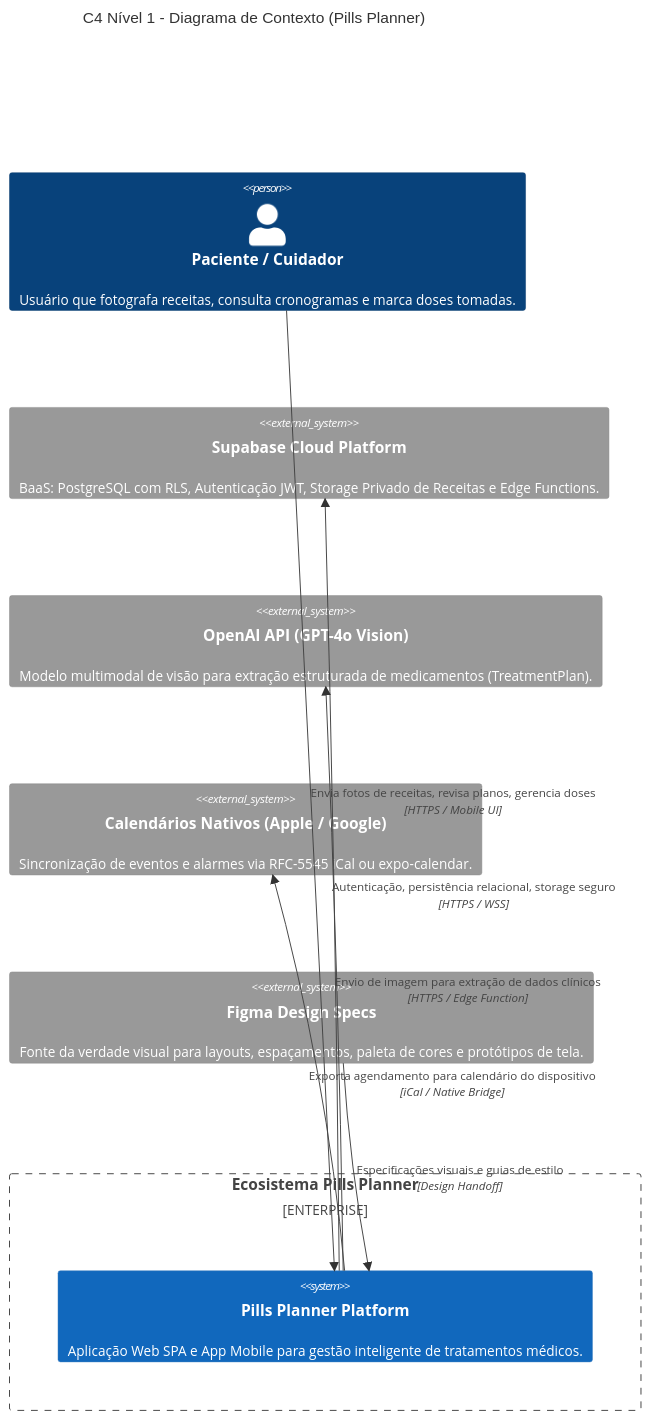
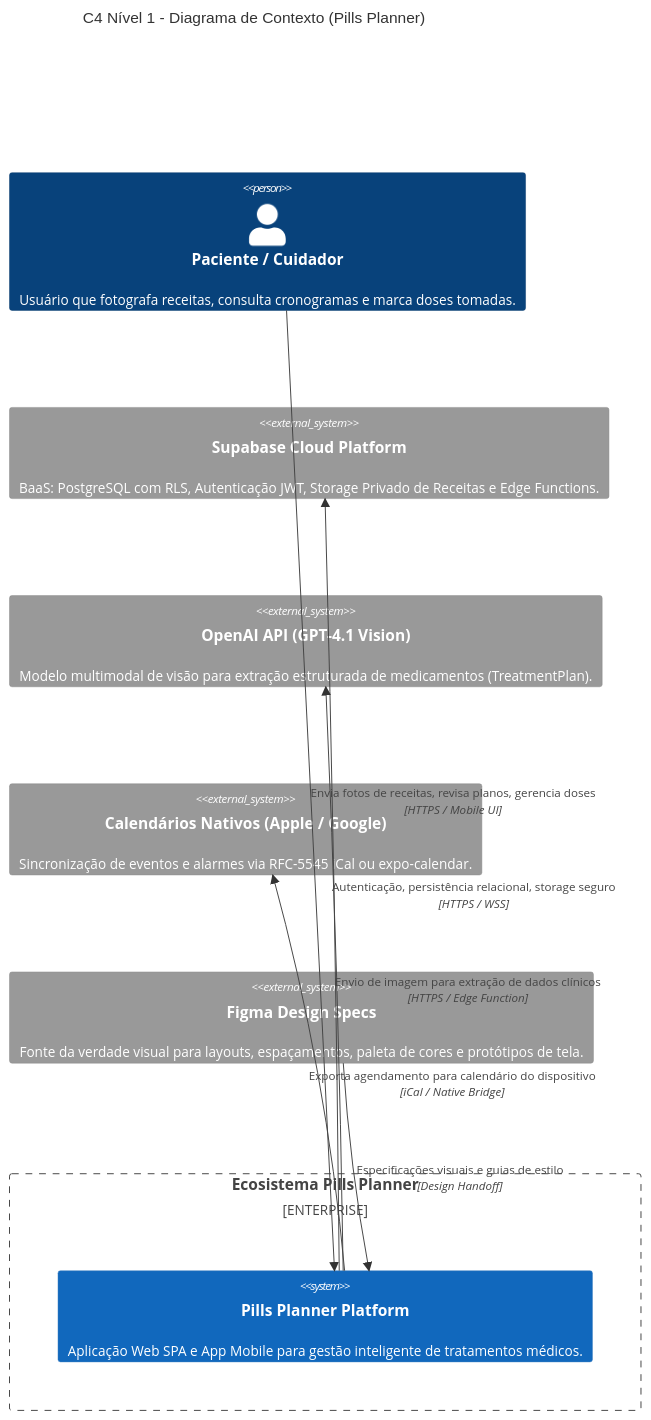
Before and after one commit to alessandrolorenz/pill-parse-plan: the first of 9 diagrams in ARCHITECTURE.md, drawn with Mermaid. The commit also changed other lines of this file and 21 other files, not shown here.

````diff
--- a/ARCHITECTURE.md
+++ b/ARCHITECTURE.md
@@ -39,21 +39,21 @@
 ```mermaid
 C4Context
     title C4 Nível 1 - Diagrama de Contexto (Pills Planner)
 
     Person(patient, "Paciente / Cuidador", "Usuário que fotografa receitas, consulta cronogramas e marca doses tomadas.")
 
     Enterprise_Boundary(b0, "Ecosistema Pills Planner") {
         System(pills_planner, "Pills Planner Platform", "Aplicação Web SPA e App Mobile para gestão inteligente de tratamentos médicos.")
     }
 
     System_Ext(supabase, "Supabase Cloud Platform", "BaaS: PostgreSQL com RLS, Autenticação JWT, Storage Privado de Receitas e Edge Functions.")
-    System_Ext(openai, "OpenAI API (GPT-4o Vision)", "Modelo multimodal de visão para extração estruturada de medicamentos (TreatmentPlan).")
+    System_Ext(openai, "OpenAI API (GPT-4.1 Vision)", "Modelo multimodal de visão para extração estruturada de medicamentos (TreatmentPlan).")
     System_Ext(calendar_ext, "Calendários Nativos (Apple / Google)", "Sincronização de eventos e alarmes via RFC-5545 iCal ou expo-calendar.")
     System_Ext(figma, "Figma Design Specs", "Fonte da verdade visual para layouts, espaçamentos, paleta de cores e protótipos de tela.")
 
     Rel(patient, pills_planner, "Envia fotos de receitas, revisa planos, gerencia doses", "HTTPS / Mobile UI")
     Rel(pills_planner, supabase, "Autenticação, persistência relacional, storage seguro", "HTTPS / WSS")
     Rel(pills_planner, openai, "Envio de imagem para extração de dados clínicos", "HTTPS / Edge Function")
     Rel(pills_planner, calendar_ext, "Exporta agendamento para calendário do dispositivo", "iCal / Native Bridge")
     Rel(figma, pills_planner, "Especificações visuais e guias de estilo", "Design Handoff")
 ```
````
